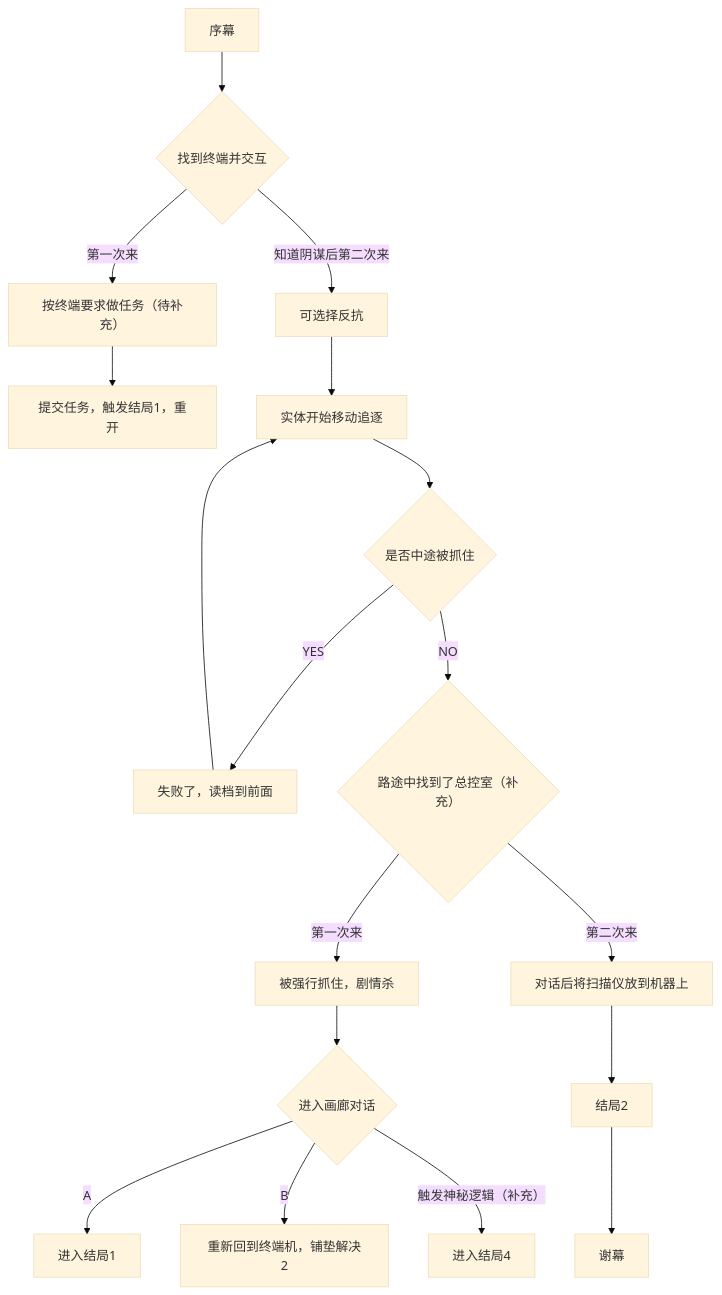
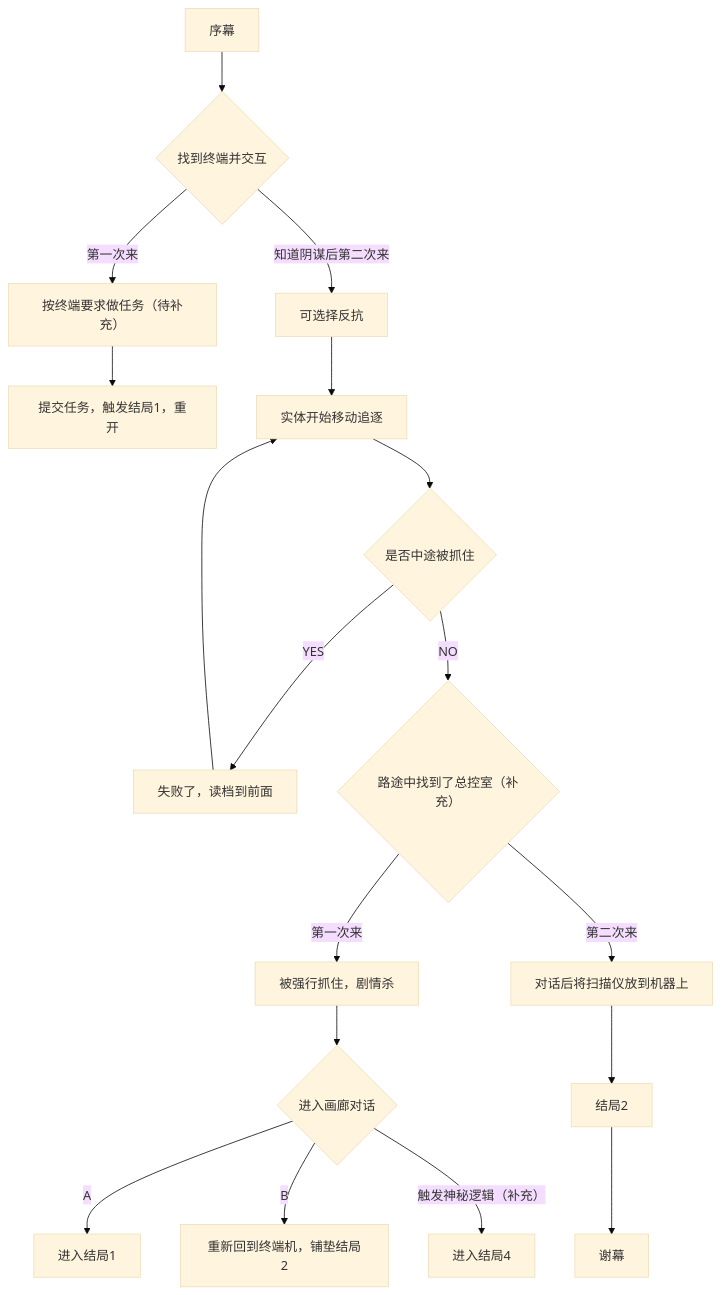
The diagram in checkpoint.md (yht0511/Terminus), drawn with Mermaid (base theme) before and after one commit.

````diff
--- a/checkpoint.md
+++ b/checkpoint.md
@@ -3,25 +3,25 @@
 ```mermaid
 graph TD
     pre[序幕]-->start{找到终端并交互}
     start -->|第一次来| section1_1[按终端要求做任务（待补充）]
     start -->|知道阴谋后第二次来| section2_1[可选择反抗]
 
     section1_1 --> ending1[提交任务，触发结局1，重开]
     section2_1 --> section2_2[实体开始移动追逐]
     section2_2 --> section2_3{是否中途被抓住}
     section2_3 -->|YES| fail[失败了，读档到前面]
     fail --> section2_2
     section2_3 -->|NO| success{路途中找到了总控室（补充）}
 
     success --> |第一次来| section3_1[被强行抓住，剧情杀]
     success --> |第二次来| section4[对话后将扫描仪放到机器上]
     
     section3_1 --> section3_2{进入画廊对话}
     section3_2 --> |A| ending11[进入结局1]
-    section3_2 --> |B| restart[重新回到终端机，铺垫解决2]
+    section3_2 --> |B| restart[重新回到终端机，铺垫结局2]
     section3_2 --> |触发神秘逻辑（补充）| ending3[进入结局4]
 
     section4 --> ending2[结局2]
     ending2 --> final[谢幕]
 
 ```
````
